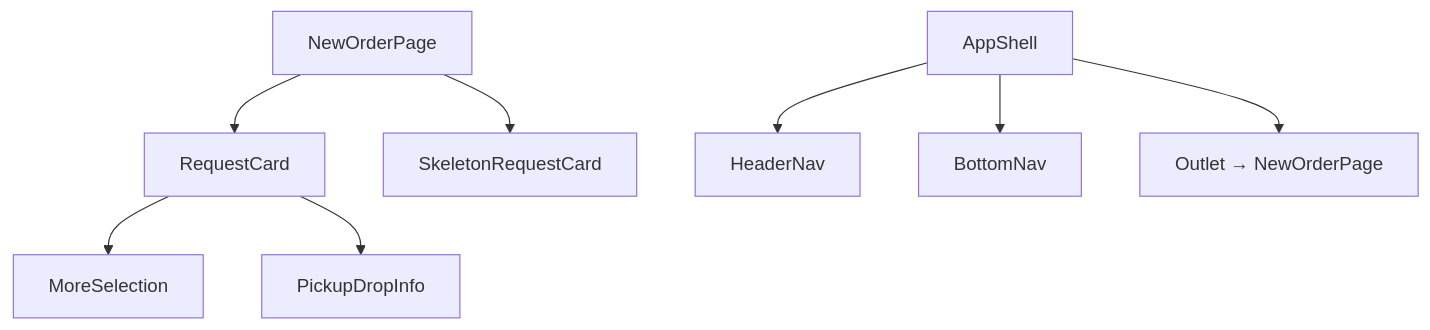
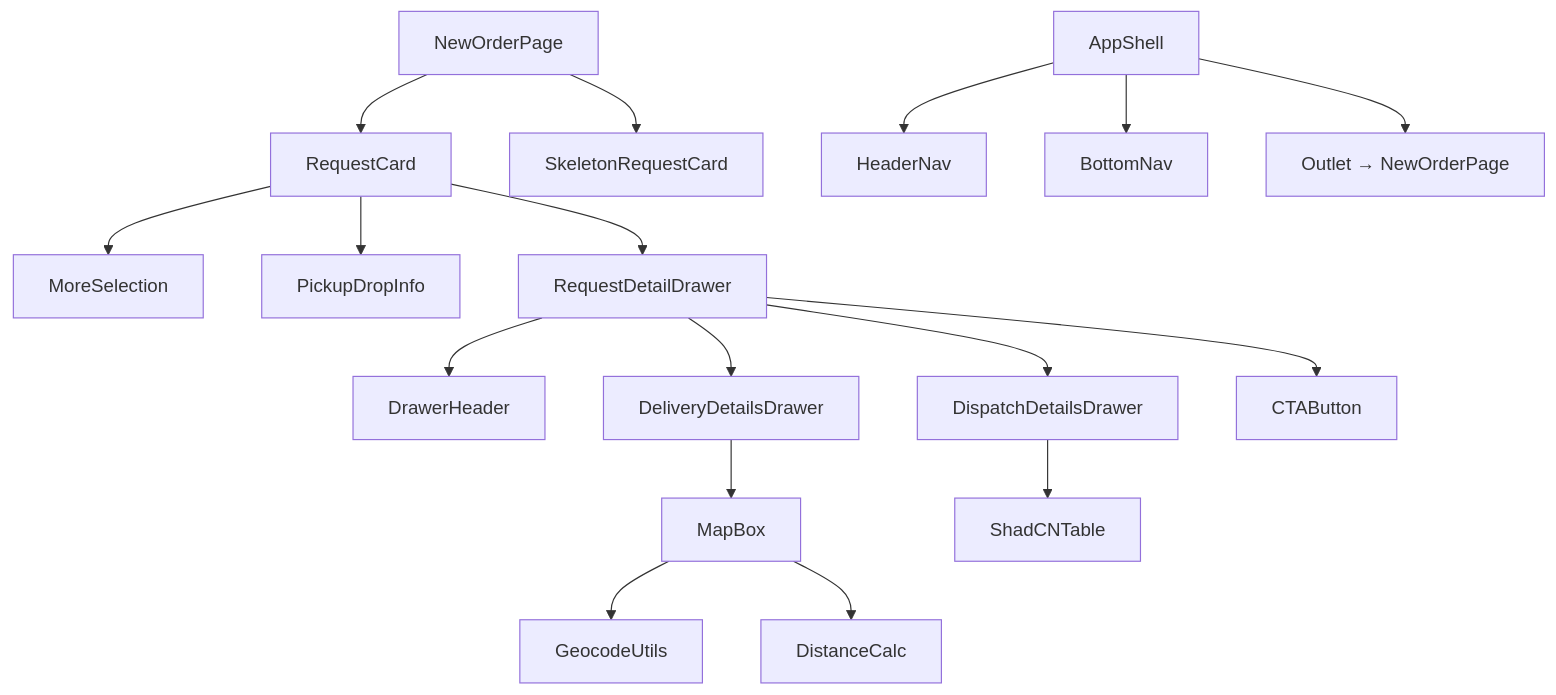
Before and after one commit to ayooshS/freightfox-frontend: the second of 4 diagrams in README.new-orders.md, drawn with Mermaid. The commit also changed other lines of this file, not shown here.

````diff
--- a/README.new-orders.md
+++ b/README.new-orders.md
@@ -88,10 +129,25 @@
 ```mermaid
 graph TD
   NewOrderPage --> RequestCard
   NewOrderPage --> SkeletonRequestCard
+
   RequestCard --> MoreSelection
   RequestCard --> PickupDropInfo
+  RequestCard --> RequestDetailDrawer
+
+  RequestDetailDrawer --> DrawerHeader
+  RequestDetailDrawer --> DeliveryDetailsDrawer
+  RequestDetailDrawer --> DispatchDetailsDrawer
+  RequestDetailDrawer --> CTAButton
+
+  DeliveryDetailsDrawer --> MapBox
+  MapBox --> GeocodeUtils
+  MapBox --> DistanceCalc
+
+  DispatchDetailsDrawer --> ShadCNTable
+
   AppShell --> HeaderNav
   AppShell --> BottomNav
   AppShell --> Outlet[Outlet → NewOrderPage]
+
 ```
````
